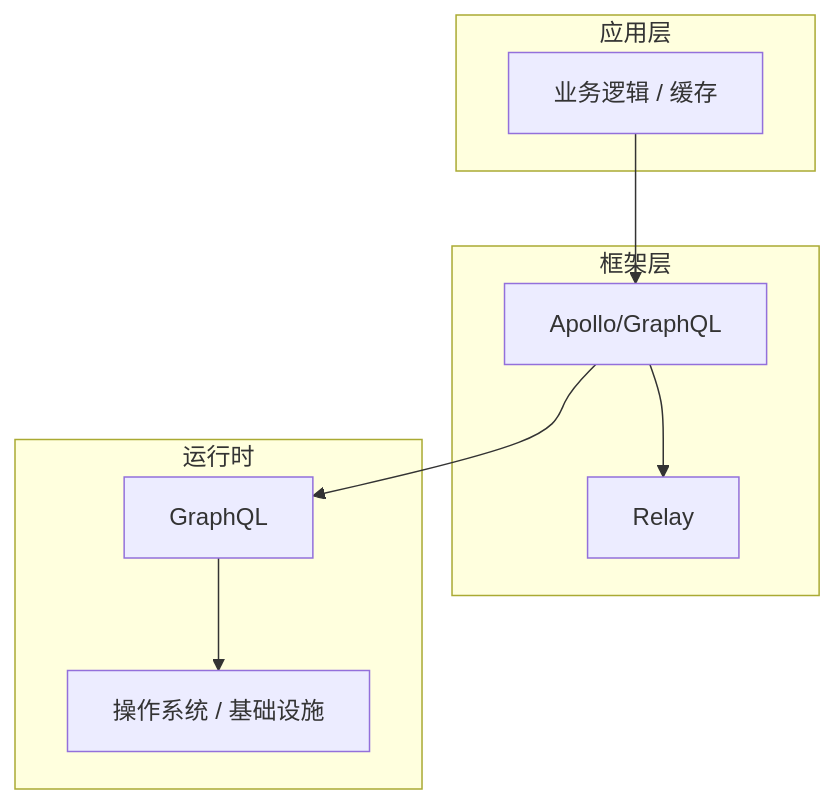
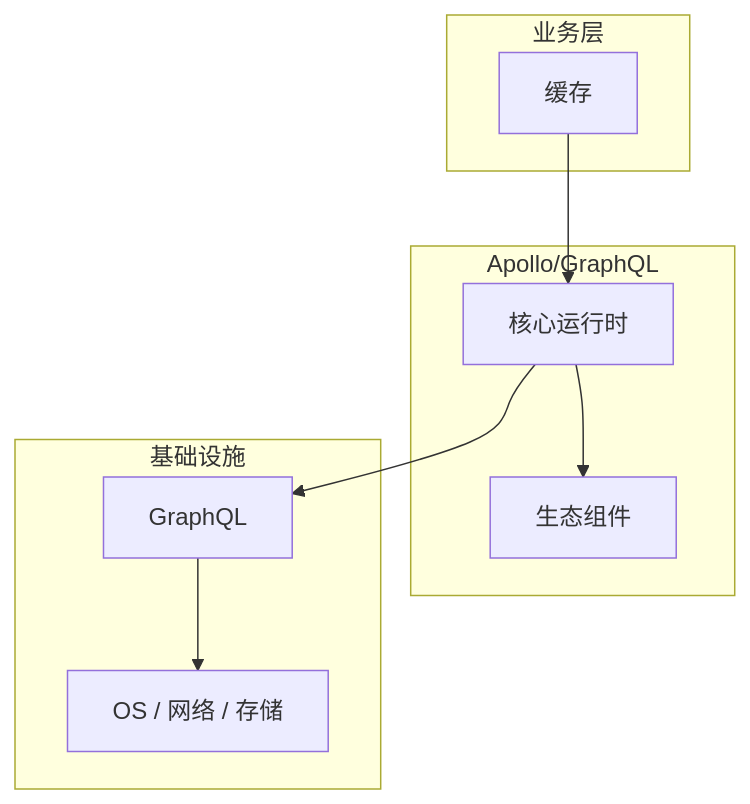
The diagram in articles/GraphQL/chapters/037-缓存核心概念与原理.md (yanggan2015/knowledge-json-v2), drawn with Mermaid before and after one commit. The commit also changed other lines of this file and 10127 other files, not shown here.

````diff
--- a/articles/GraphQL/chapters/037-缓存核心概念与原理.md
+++ b/articles/GraphQL/chapters/037-缓存核心概念与原理.md
@@ -45,18 +34,18 @@
 ```mermaid
 graph TB
-    subgraph 应用层
-        A[业务逻辑 / 缓存]
+    subgraph 业务层
+        A[缓存]
     end
-    subgraph 框架层
-        B[Apollo/GraphQL]
-        C[Relay]
+    subgraph Apollo/GraphQL
+        B[核心运行时]
+        C[生态组件]
     end
-    subgraph 运行时
+    subgraph 基础设施
         D[GraphQL]
-        E[操作系统 / 基础设施]
+        E[OS / 网络 / 存储]
     end
     A --> B
     B --> C
     B --> D
     D --> E
 ```
````
